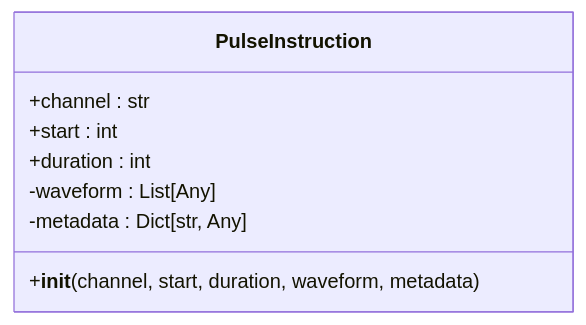
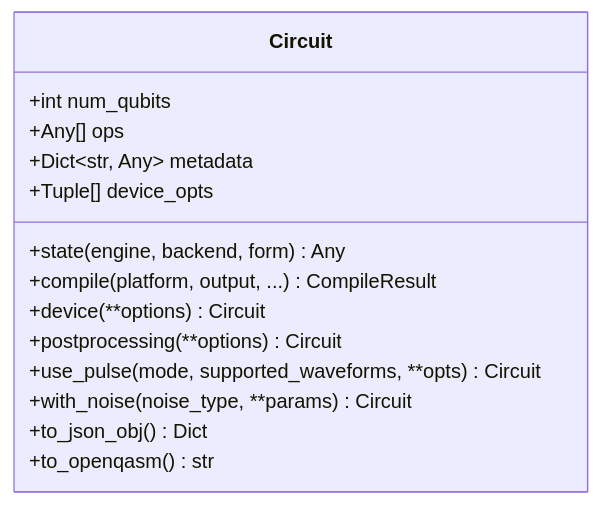
One commit to QureGenAI-Biotech/TyxonQ changed the third of 9 diagrams in .qoder/repowiki/zh/content/核心概念/核心概念.md. Above: the diagram before and after it, drawn with Mermaid. The commit also changed other lines of this file and 516 other files, not shown here.

````diff
--- a/.qoder/repowiki/zh/content/核心概念/核心概念.md
+++ b/.qoder/repowiki/zh/content/核心概念/核心概念.md
@@ -67,11 +130,17 @@
 ```mermaid
 classDiagram
-class PulseInstruction {
-+channel : str
-+start : int
-+duration : int
--waveform : List[Any]
--metadata : Dict[str, Any]
-+__init__(channel, start, duration, waveform, metadata)
+class Circuit {
++int num_qubits
++Any[] ops
++Dict~str, Any~ metadata
++Tuple[] device_opts
++state(engine, backend, form) Any
++compile(platform, output, ...) CompileResult
++device(**options) Circuit
++postprocessing(**options) Circuit
++use_pulse(mode, supported_waveforms, **opts) Circuit
++with_noise(noise_type, **params) Circuit
++to_json_obj() Dict
++to_openqasm() str
 }
 ```
````
